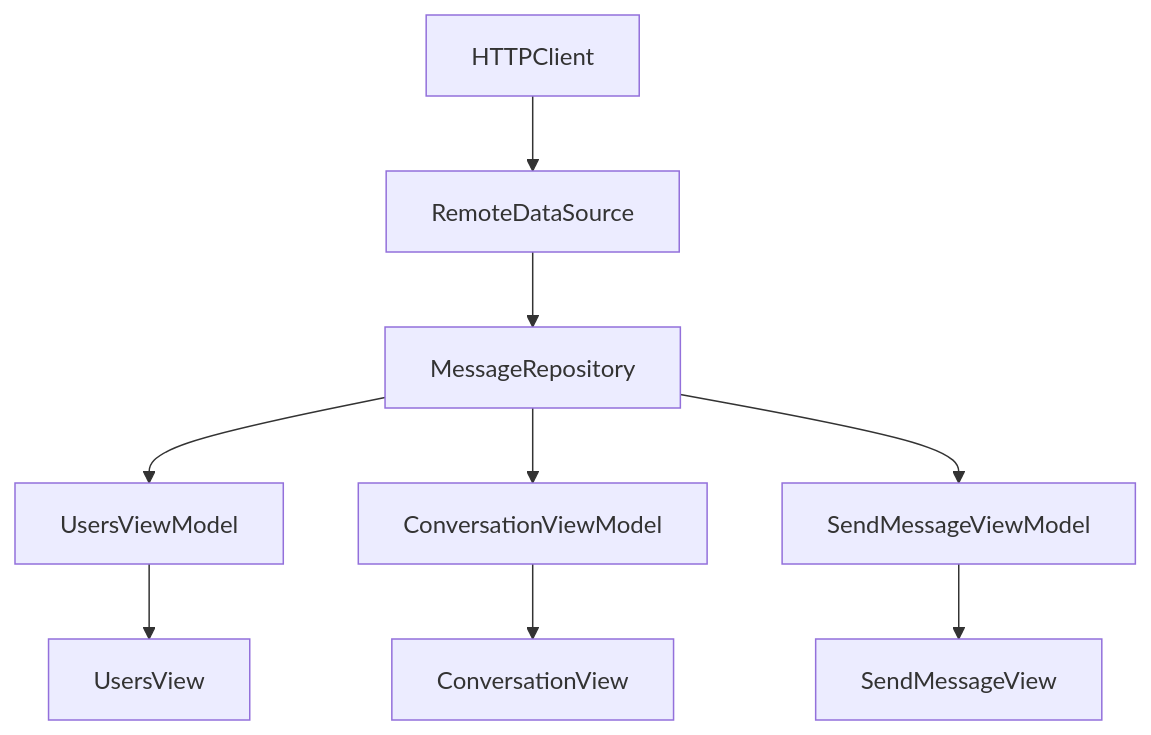
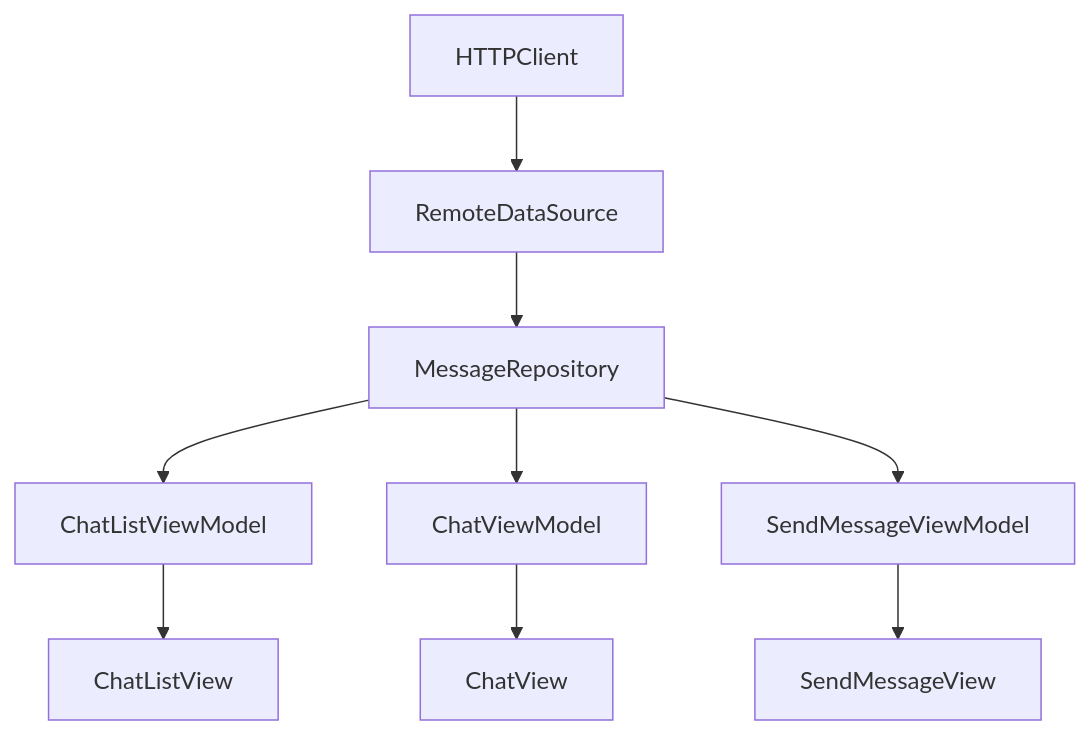
One commit to ignacioparadisi/lovevery-messages changed the first of 5 diagrams in README.md. Above: the diagram before and after it, drawn with Mermaid. The commit also changed other lines of this file, not shown here.

Commit message:
Update README.md to use Chat instead of User

````diff
--- a/README.md
+++ b/README.md
@@ -3,11 +3,11 @@
 ```mermaid
 flowchart TD
 	HTTPClient --> RemoteDataSource
 	RemoteDataSource --> MessageRepository
-	MessageRepository --> UsersViewModel
-	MessageRepository --> ConversationViewModel
+	MessageRepository --> ChatListViewModel
+	MessageRepository --> ChatViewModel
 	MessageRepository --> SendMessageViewModel
-	UsersViewModel --> UsersView
-	ConversationViewModel --> ConversationView
+	ChatListViewModel --> ChatListView
+	ChatViewModel --> ChatView
 	SendMessageViewModel --> SendMessageView
 ```
````
